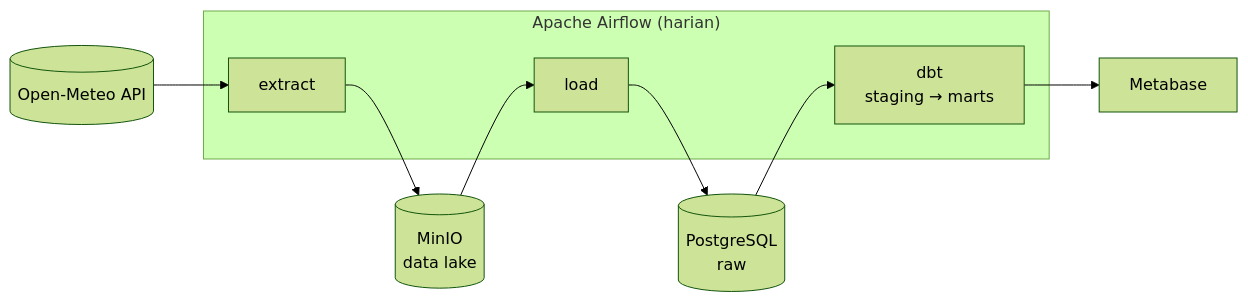
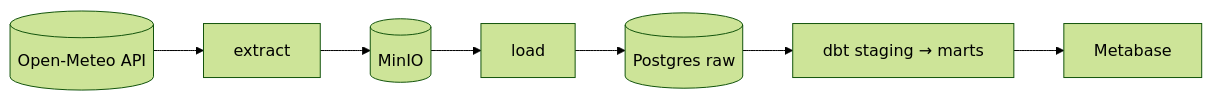
The first of 3 diagrams in README.md (dinulimann/dataen), drawn with Mermaid (forest theme) before and after one commit. The commit also changed other lines of this file and 45 other files, not shown here.

````diff
--- a/README.md
+++ b/README.md
@@ -26,14 +32,4 @@
 ```mermaid
 flowchart LR
-    API[("Open-Meteo API")] --> E["extract"]
-    E --> S3[("MinIO<br/>data lake")]
-    S3 --> L["load"]
-    L --> RAW[("PostgreSQL<br/>raw")]
-    RAW --> DBT["dbt<br/>staging → marts"]
-    DBT --> BI["Metabase"]
-    subgraph Airflow["Apache Airflow (harian)"]
-        E
-        L
-        DBT
-    end
+    API[("Open-Meteo API")] --> E["extract"] --> S3[("MinIO")] --> L["load"] --> RAW[("Postgres raw")] --> DBT["dbt staging → marts"] --> BI["Metabase"]
 ```
````
